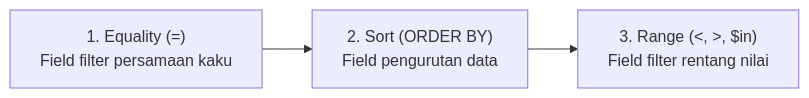
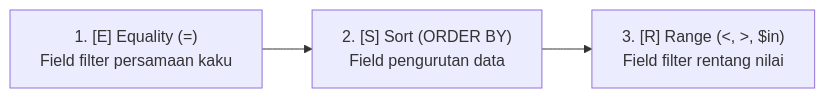
Before and after one commit to exa31/learning-docs: the second of 3 diagrams in src/content/docs/mongodb/02-indexing-mendalam-dan-esr-rule.md, drawn with Mermaid. The commit also changed other lines of this file and 7 other files, not shown here.

````diff
--- a/src/content/docs/mongodb/02-indexing-mendalam-dan-esr-rule.md
+++ b/src/content/docs/mongodb/02-indexing-mendalam-dan-esr-rule.md
@@ -18,5 +53,5 @@
 ```mermaid
 flowchart LR
-    E["1. Equality (=)\nField filter persamaan kaku"] --> S["2. Sort (ORDER BY)\nField pengurutan data"]
-    S --> R["3. Range (<, >, $in)\nField filter rentang nilai"]
+    E["1. [E] Equality (=)\nField filter persamaan kaku"] --> S["2. [S] Sort (ORDER BY)\nField pengurutan data"]
+    S --> R["3. [R] Range (<, >, $in)\nField filter rentang nilai"]
 ```
````
